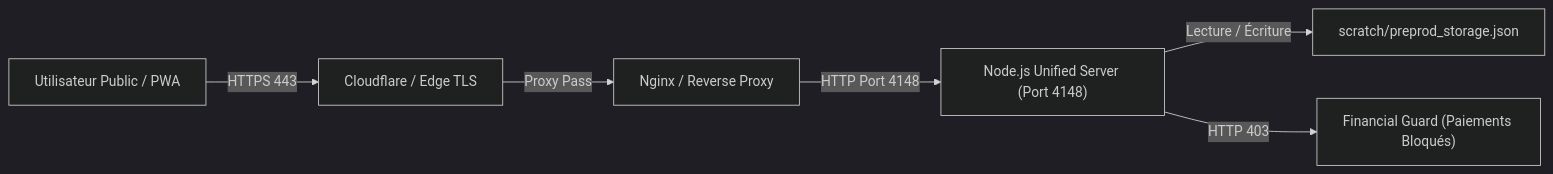
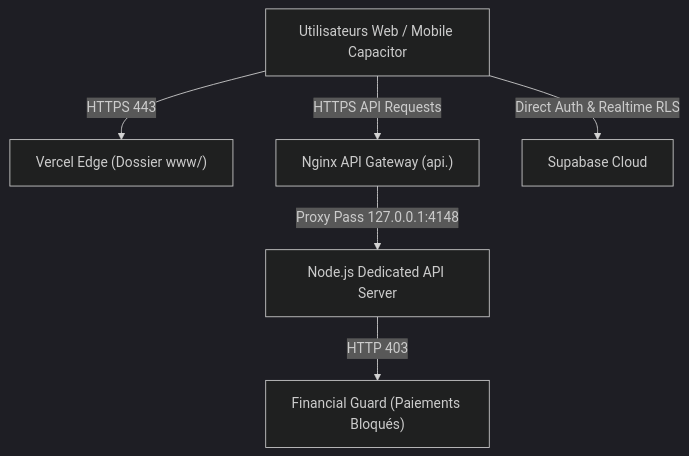
Before and after one commit to camerokuassi4-ai/switch: the diagram in BETA_PUBLIC_INFRASTRUCTURE_REQUIREMENTS.md, drawn with Mermaid (dark theme). The commit also changed other lines of this file and 211 other files, not shown here.

Commit message:
feat(pwa): package clean www frontend and capacitor mobile configs for public beta

````diff
--- a/BETA_PUBLIC_INFRASTRUCTURE_REQUIREMENTS.md
+++ b/BETA_PUBLIC_INFRASTRUCTURE_REQUIREMENTS.md
@@ -41,8 +40,8 @@
 ```mermaid
-graph LR
-    User["Utilisateur Public / PWA"] -->|HTTPS 443| Edge["Cloudflare / Edge TLS"]
-    Edge -->|Proxy Pass| ReverseProxy["Nginx / Reverse Proxy"]
-    ReverseProxy -->|HTTP Port 4148| NodeServer["Node.js Unified Server (Port 4148)"]
-    NodeServer -->|Lecture / Écriture| JSONStore["scratch/preprod_storage.json"]
+graph TD
+    User["Utilisateurs Web / Mobile Capacitor"] -->|HTTPS 443| VercelEdge["Vercel Edge (Dossier www/)"]
+    User -->|HTTPS API Requests| ReverseProxy["Nginx API Gateway (api.<domaine>)"]
+    ReverseProxy -->|Proxy Pass 127.0.0.1:4148| NodeServer["Node.js Dedicated API Server"]
+    User -->|Direct Auth & Realtime RLS| Supabase["Supabase Cloud"]
     NodeServer -->|HTTP 403| FinShield["Financial Guard (Paiements Bloqués)"]
 ```
````
